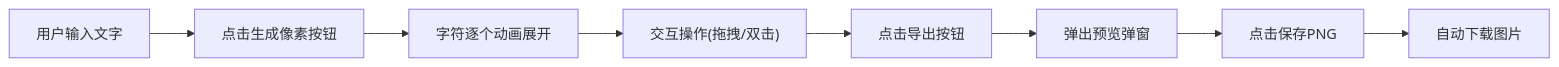
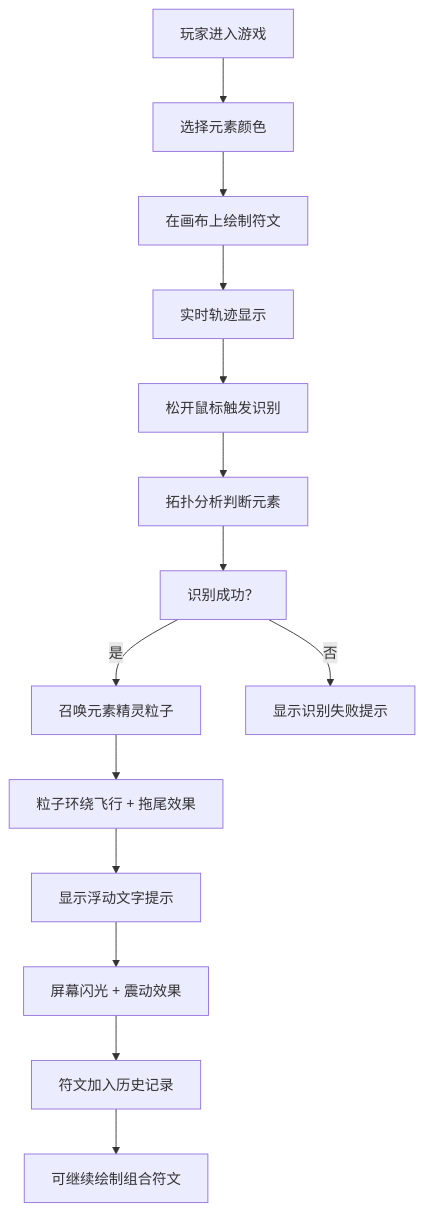
The diagram in cp2_6.11_auto30/.trae/documents/prd.md (NUDT-ZSL/Solo), drawn with Mermaid before and after one commit. The commit also changed other lines of this file and 13 other files, not shown here.

````diff
--- a/cp2_6.11_auto30/.trae/documents/prd.md
+++ b/cp2_6.11_auto30/.trae/documents/prd.md
@@ -42,10 +33,16 @@
 ```mermaid
-flowchart LR
-  A["用户输入文字"] --> B["点击生成像素按钮"]
-  B --> C["字符逐个动画展开"]
-  C --> D["交互操作(拖拽/双击)"]
-  D --> E["点击导出按钮"]
-  E --> F["弹出预览弹窗"]
-  F --> G["点击保存PNG"]
-  G --> H["自动下载图片"]
+flowchart TD
+    A["玩家进入游戏"] --> B["选择元素颜色"]
+    B --> C["在画布上绘制符文"]
+    C --> D["实时轨迹显示"]
+    D --> E["松开鼠标触发识别"]
+    E --> F["拓扑分析判断元素"]
+    F --> G["识别成功？"]
+    G -->|是| H["召唤元素精灵粒子"]
+    G -->|否| I["显示识别失败提示"]
+    H --> J["粒子环绕飞行 + 拖尾效果"]
+    J --> K["显示浮动文字提示"]
+    K --> L["屏幕闪光 + 震动效果"]
+    L --> M["符文加入历史记录"]
+    M --> N["可继续绘制组合符文"]
 ```
````
